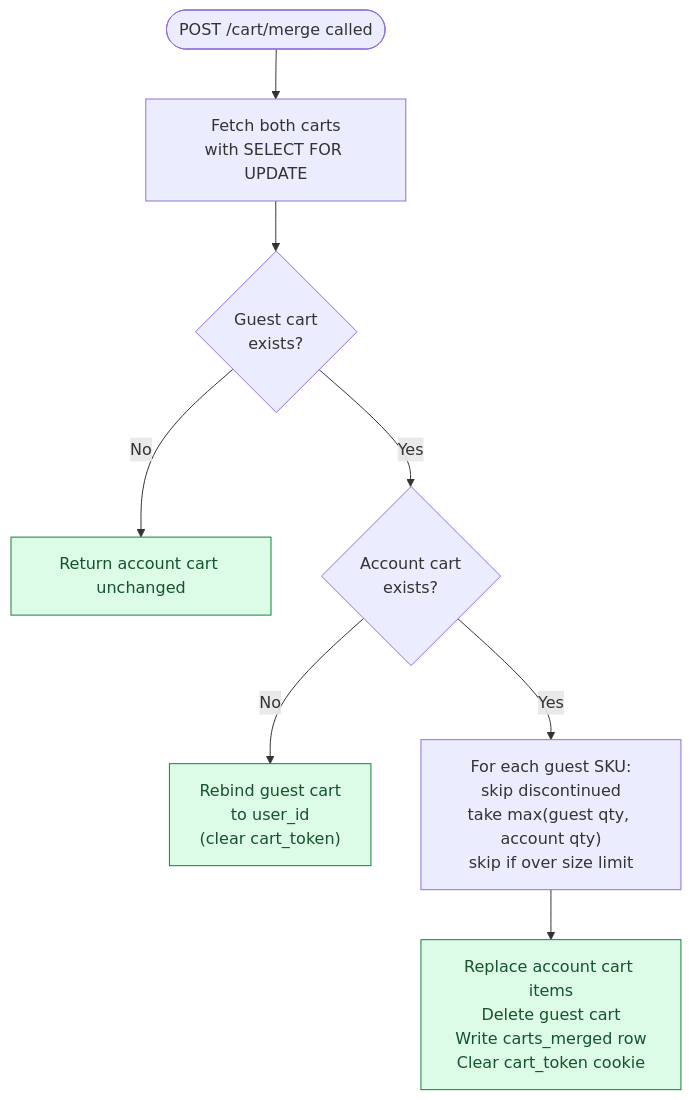
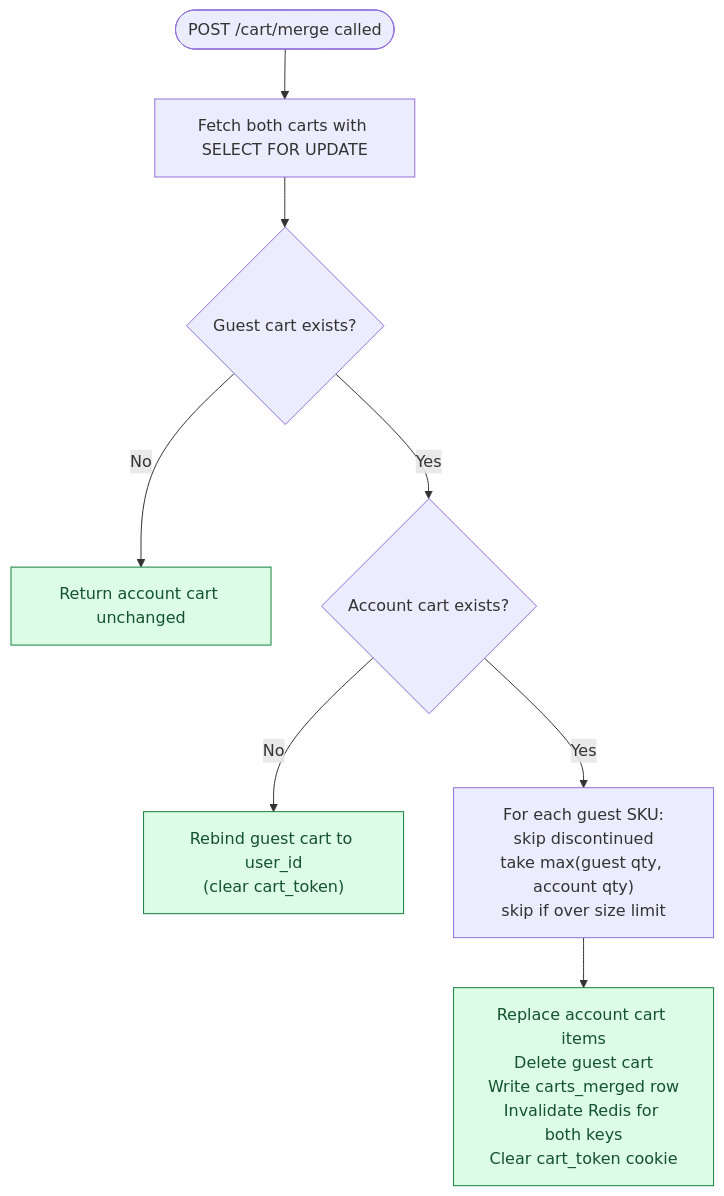
One commit to shiningflash/system-design changed the second of 5 diagrams in problems/012-shopping-cart/solution.md. Above: the diagram before and after it, drawn with Mermaid. The commit also changed other lines of this file and 37 other files, not shown here.

````diff
--- a/problems/012-shopping-cart/solution.md
+++ b/problems/012-shopping-cart/solution.md
@@ -178,12 +179,12 @@
 ```mermaid
 flowchart TD
-    Start([POST /cart/merge called]) --> FetchBoth[Fetch both carts<br/>with SELECT FOR UPDATE]
-    FetchBoth --> AnonExists{Guest cart<br/>exists?}
+    Start([POST /cart/merge called]) --> FetchBoth["Fetch both carts with SELECT FOR UPDATE"]
+    FetchBoth --> AnonExists{Guest cart exists?}
     AnonExists -- No --> ReturnUser["Return account cart unchanged"]:::ok
-    AnonExists -- Yes --> UserExists{Account cart<br/>exists?}
-    UserExists -- No --> Rebind["Rebind guest cart<br/>to user_id<br/>(clear cart_token)"]:::ok
+    AnonExists -- Yes --> UserExists{Account cart exists?}
+    UserExists -- No --> Rebind["Rebind guest cart to user_id<br/>(clear cart_token)"]:::ok
     UserExists -- Yes --> MergeItems["For each guest SKU:<br/>skip discontinued<br/>take max(guest qty, account qty)<br/>skip if over size limit"]
-    MergeItems --> Commit["Replace account cart items<br/>Delete guest cart<br/>Write carts_merged row<br/>Clear cart_token cookie"]:::ok
+    MergeItems --> Commit["Replace account cart items<br/>Delete guest cart<br/>Write carts_merged row<br/>Invalidate Redis for both keys<br/>Clear cart_token cookie"]:::ok
 
     classDef ok fill:#dcfce7,stroke:#15803d,color:#14532d
 ```
````
